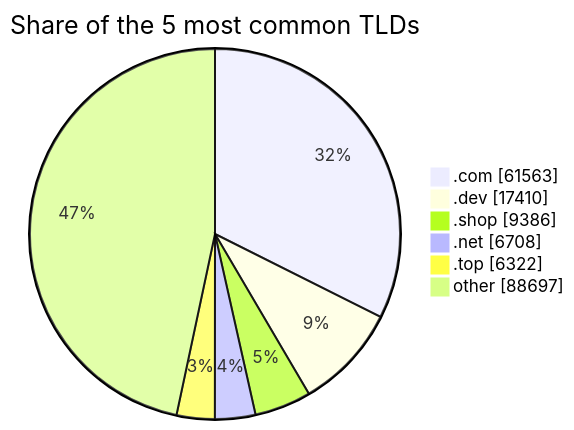
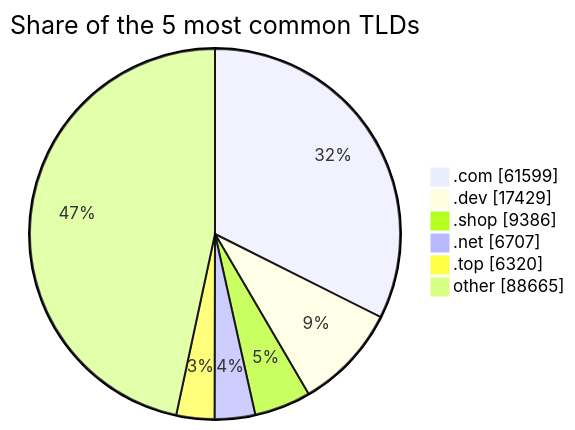
The third of 3 diagrams in README.md (DNSBunker/CTI), drawn with Mermaid before and after one commit. The commit also changed other lines of this file and 3 other files, not shown here.

````diff
--- a/README.md
+++ b/README.md
@@ -81,9 +81,9 @@
 ```mermaid
 pie showData title Share of the 5 most common TLDs
-    ".com" : 61563
-    ".dev" : 17410
+    ".com" : 61599
+    ".dev" : 17429
     ".shop" : 9386
-    ".net" : 6708
-    ".top" : 6322
-    "other" : 88697
+    ".net" : 6707
+    ".top" : 6320
+    "other" : 88665
 ```
````
